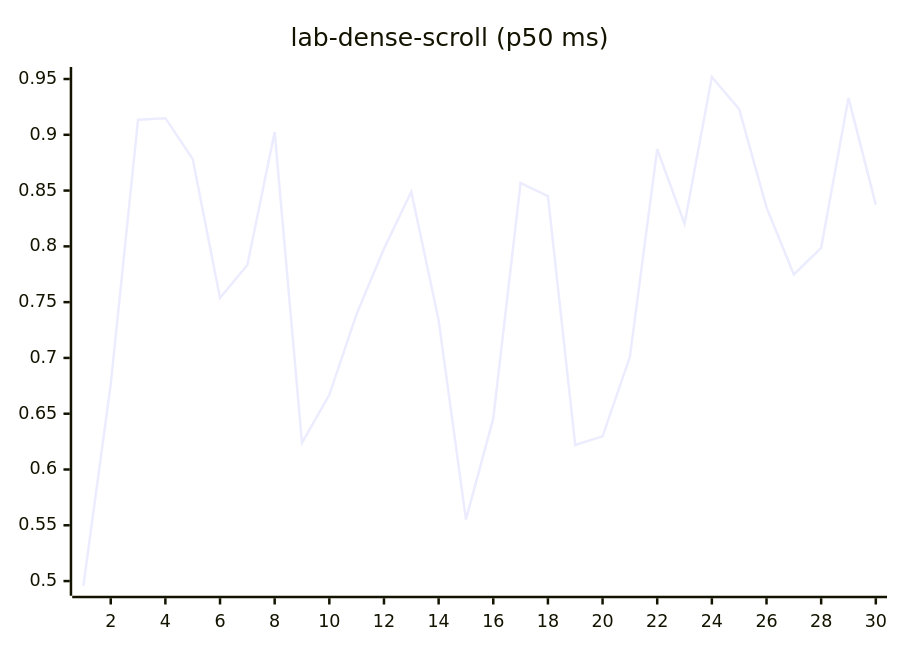
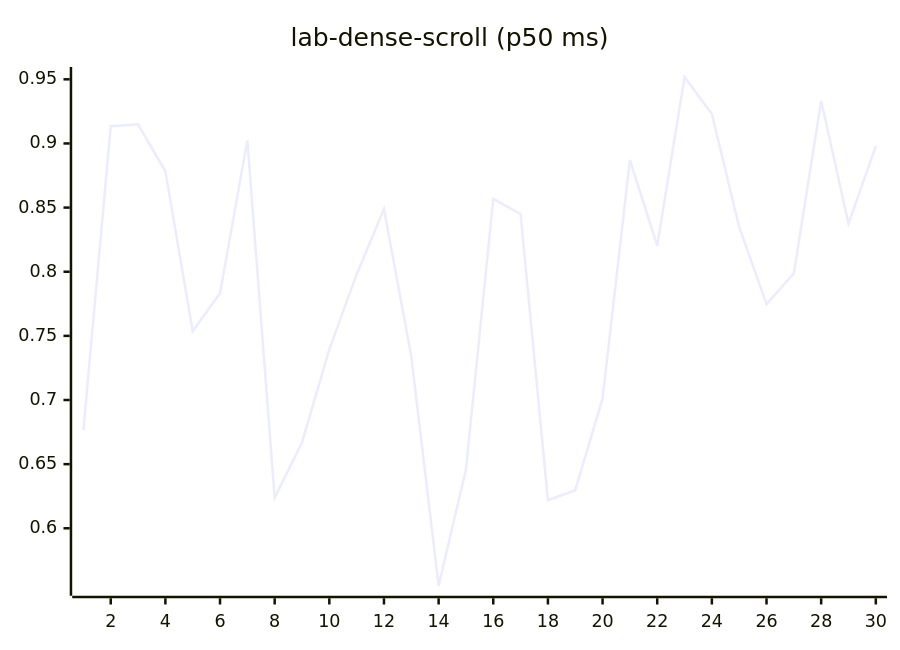
One commit to josha/Facet changed diagram 12 of 27 in README.md. Above: the diagram before and after it, drawn with Mermaid. The commit also changed other lines of this file and 2 other files, not shown here.

````diff
--- a/README.md
+++ b/README.md
@@ -140,6 +140,6 @@
 ```mermaid
 xychart-beta
     title "lab-dense-scroll (p50 ms)"
     x-axis 1 --> 30
-    line [0.4958, 0.6764, 0.9135, 0.9149, 0.8783, 0.7537, 0.7833, 0.9024, 0.6238, 0.6669, 0.7395, 0.7979, 0.8489, 0.7339, 0.5552, 0.6458, 0.8568, 0.8450, 0.6219, 0.6297, 0.7010, 0.8871, 0.8203, 0.9518, 0.9230, 0.8349, 0.7748, 0.7987, 0.9331, 0.8374]
+    line [0.6764, 0.9135, 0.9149, 0.8783, 0.7537, 0.7833, 0.9024, 0.6238, 0.6669, 0.7395, 0.7979, 0.8489, 0.7339, 0.5552, 0.6458, 0.8568, 0.8450, 0.6219, 0.6297, 0.7010, 0.8871, 0.8203, 0.9518, 0.9230, 0.8349, 0.7748, 0.7987, 0.9331, 0.8374, 0.8979]
 ```
````
